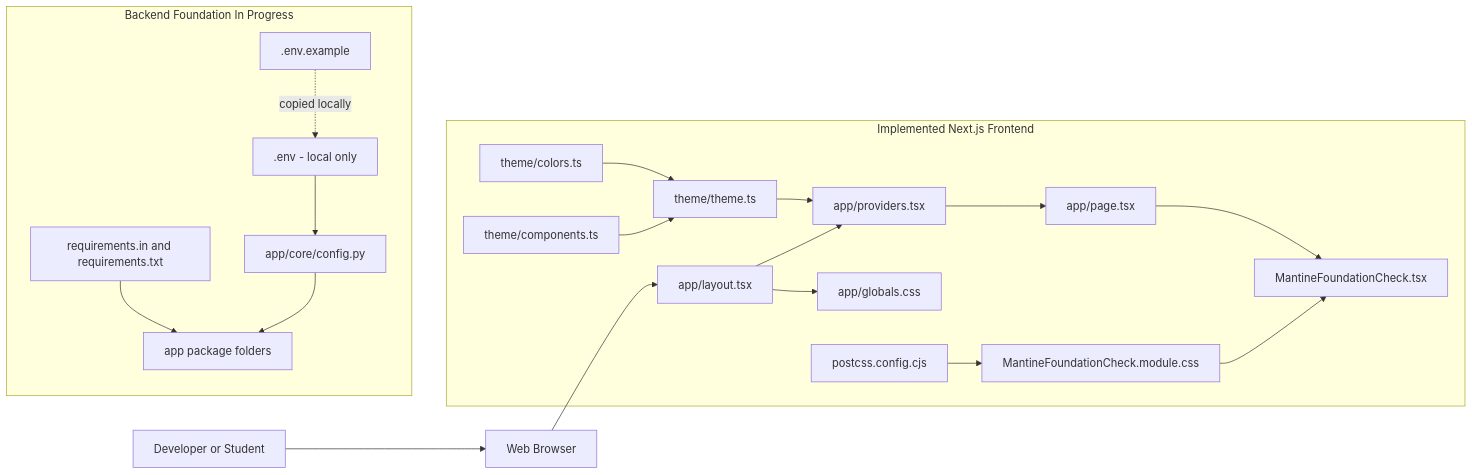
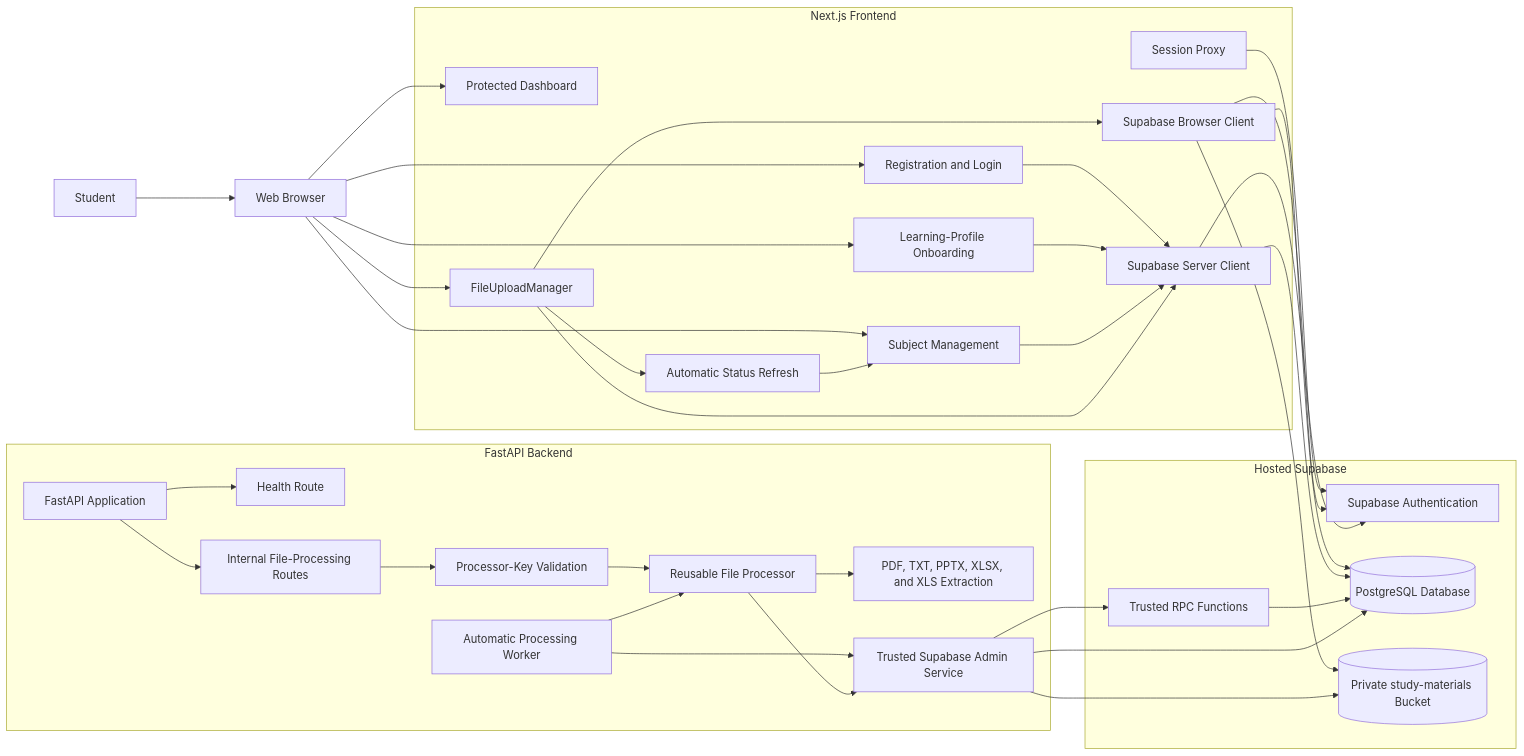
The second of 31 diagrams in docs/ARCHITECTURE.md (jianna-acc/stsp-capstone), drawn with Mermaid before and after one commit. The commit also changed other lines of this file and 29 other files, not shown here.

````diff
--- a/docs/ARCHITECTURE.md
+++ b/docs/ARCHITECTURE.md
@@ -99,45 +134,73 @@
 ```mermaid
 flowchart LR
-    USER["Developer or Student"]
+    STUDENT["Student"]
     BROWSER["Web Browser"]
 
-    subgraph FRONTEND["Implemented Next.js Frontend"]
-        ROOT_LAYOUT["app/layout.tsx"]
-        PROVIDERS["app/providers.tsx"]
-        HOME["app/page.tsx"]
-        CHECK["MantineFoundationCheck.tsx"]
-        COMPONENT_CSS["MantineFoundationCheck.module.css"]
-        GLOBAL_CSS["app/globals.css"]
-        THEME["theme/theme.ts"]
-        COLORS["theme/colors.ts"]
-        OVERRIDES["theme/components.ts"]
-        POSTCSS["postcss.config.cjs"]
+    subgraph NEXT["Next.js Frontend"]
+        AUTH_PAGES["Registration and Login"]
+        PROXY["Session Proxy"]
+        ONBOARDING["Learning-Profile Onboarding"]
+        DASHBOARD["Protected Dashboard"]
+        SUBJECTS["Subject Management"]
+        FILE_MANAGER["FileUploadManager"]
+        STATUS_REFRESH["Automatic Status Refresh"]
+        SUPABASE_BROWSER["Supabase Browser Client"]
+        SUPABASE_SERVER["Supabase Server Client"]
     end
 
-    subgraph BACKEND_FOUNDATION["Backend Foundation In Progress"]
-        REQUIREMENTS["requirements.in and requirements.txt"]
-        ENV_TEMPLATE[".env.example"]
-        ENV_LOCAL[".env - local only"]
-        CONFIG["app/core/config.py"]
-        PACKAGES["app package folders"]
+    subgraph FASTAPI["FastAPI Backend"]
+        API["FastAPI Application"]
+        HEALTH["Health Route"]
+        INTERNAL_ROUTES["Internal File-Processing Routes"]
+        SECURITY["Processor-Key Validation"]
+        PROCESSOR["Reusable File Processor"]
+        EXTRACTION["PDF, TXT, PPTX, XLSX, and XLS Extraction"]
+        WORKER["Automatic Processing Worker"]
+        ADMIN["Trusted Supabase Admin Service"]
     end
 
-    USER --> BROWSER
-    BROWSER --> ROOT_LAYOUT
+    subgraph SUPABASE["Hosted Supabase"]
+        AUTH["Supabase Authentication"]
+        DATABASE[("PostgreSQL Database")]
+        STORAGE[("Private study-materials Bucket")]
+        FUNCTIONS["Trusted RPC Functions"]
+    end
 
-    COLORS --> THEME
-    OVERRIDES --> THEME
-    THEME --> PROVIDERS
+    STUDENT --> BROWSER
+    BROWSER --> AUTH_PAGES
+    BROWSER --> ONBOARDING
+    BROWSER --> DASHBOARD
+    BROWSER --> SUBJECTS
+    BROWSER --> FILE_MANAGER
 
-    ROOT_LAYOUT --> GLOBAL_CSS
-    ROOT_LAYOUT --> PROVIDERS
-    PROVIDERS --> HOME
-    HOME --> CHECK
-    COMPONENT_CSS --> CHECK
-    POSTCSS --> COMPONENT_CSS
+    AUTH_PAGES --> SUPABASE_SERVER
+    PROXY --> AUTH
+    ONBOARDING --> SUPABASE_SERVER
+    SUBJECTS --> SUPABASE_SERVER
+    FILE_MANAGER --> SUPABASE_BROWSER
+    FILE_MANAGER --> SUPABASE_SERVER
 
-    REQUIREMENTS --> PACKAGES
-    ENV_TEMPLATE -. copied locally .-> ENV_LOCAL
-    ENV_LOCAL --> CONFIG
-    CONFIG --> PACKAGES
+    SUPABASE_BROWSER --> AUTH
+    SUPABASE_BROWSER --> DATABASE
+    SUPABASE_BROWSER --> STORAGE
+    SUPABASE_SERVER --> AUTH
+    SUPABASE_SERVER --> DATABASE
+
+    FILE_MANAGER --> STATUS_REFRESH
+    STATUS_REFRESH --> SUBJECTS
+
+    API --> HEALTH
+    API --> INTERNAL_ROUTES
+    INTERNAL_ROUTES --> SECURITY
+    SECURITY --> PROCESSOR
+
+    WORKER --> ADMIN
+    ADMIN --> FUNCTIONS
+    FUNCTIONS --> DATABASE
+
+    WORKER --> PROCESSOR
+    PROCESSOR --> ADMIN
+    ADMIN --> DATABASE
+    ADMIN --> STORAGE
+    PROCESSOR --> EXTRACTION
 ```
````
